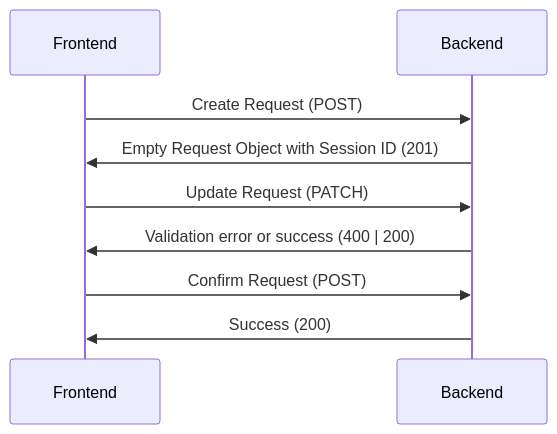
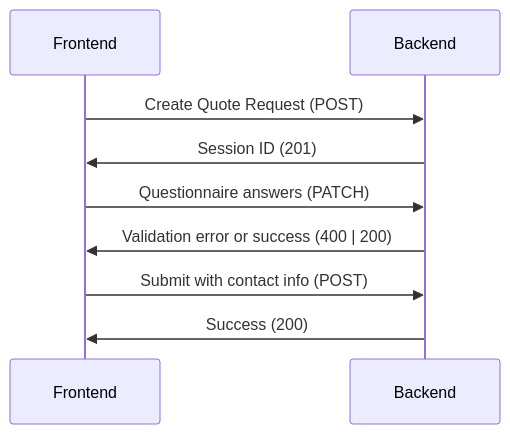
The first of 2 diagrams in 02-wizard-application/README.md (cuperman/mint-assessment), drawn with Mermaid before and after one commit. The commit also changed other lines of this file and 6 other files, not shown here.

Commit message:
Allow contact info to be submitted on the final POST request

````diff
--- a/02-wizard-application/README.md
+++ b/02-wizard-application/README.md
@@ -114,11 +114,11 @@
 ```mermaid
 sequenceDiagram
    participant Frontend
    participant Backend
-   Frontend->>Backend: Create Request (POST)
-   Backend->>Frontend: Empty Request Object with Session ID (201)
-   Frontend->>Backend: Update Request (PATCH)
+   Frontend->>Backend: Create Quote Request (POST)
+   Backend->>Frontend: Session ID (201)
+   Frontend->>Backend: Questionnaire answers (PATCH)
    Backend->>Frontend: Validation error or success (400 | 200)
-   Frontend->>Backend: Confirm Request (POST)
+   Frontend->>Backend: Submit with contact info (POST)
    Backend->>Frontend: Success (200)
 ```
````
